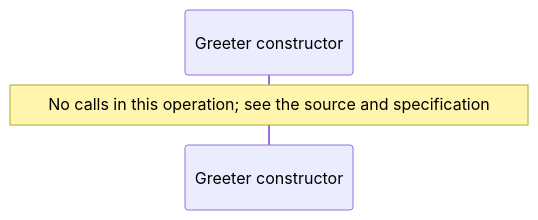
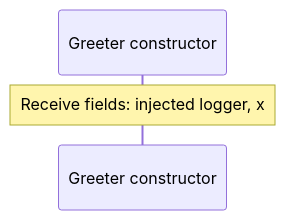
Before and after one commit to GreenPandaStudios/augscript: the third of 5 diagrams in docs/examples/new-syntax/greeter-diagrams.md, drawn with Mermaid. The commit also changed other lines of this file and 289 other files, not shown here.

Commit message:
Correct diagram control flow and complete generated wiki navigation

````diff
--- a/docs/examples/new-syntax/greeter-diagrams.md
+++ b/docs/examples/new-syntax/greeter-diagrams.md
@@ -52,6 +52,6 @@
 ```mermaid
 sequenceDiagram
     participant p0 as Greeter constructor
 
-    Note over p0: No calls in this operation#59; see the source and specification
+    Note over p0: Receive fields: injected logger, x
 ```
````
